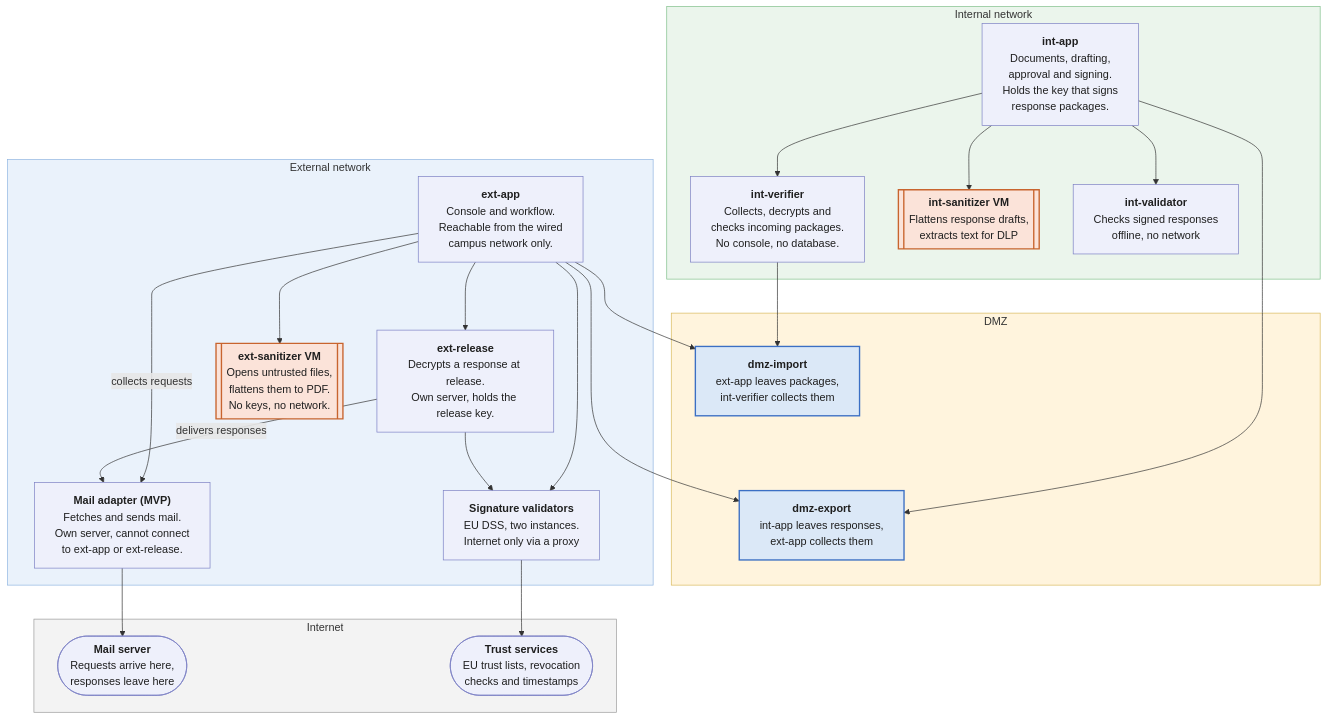
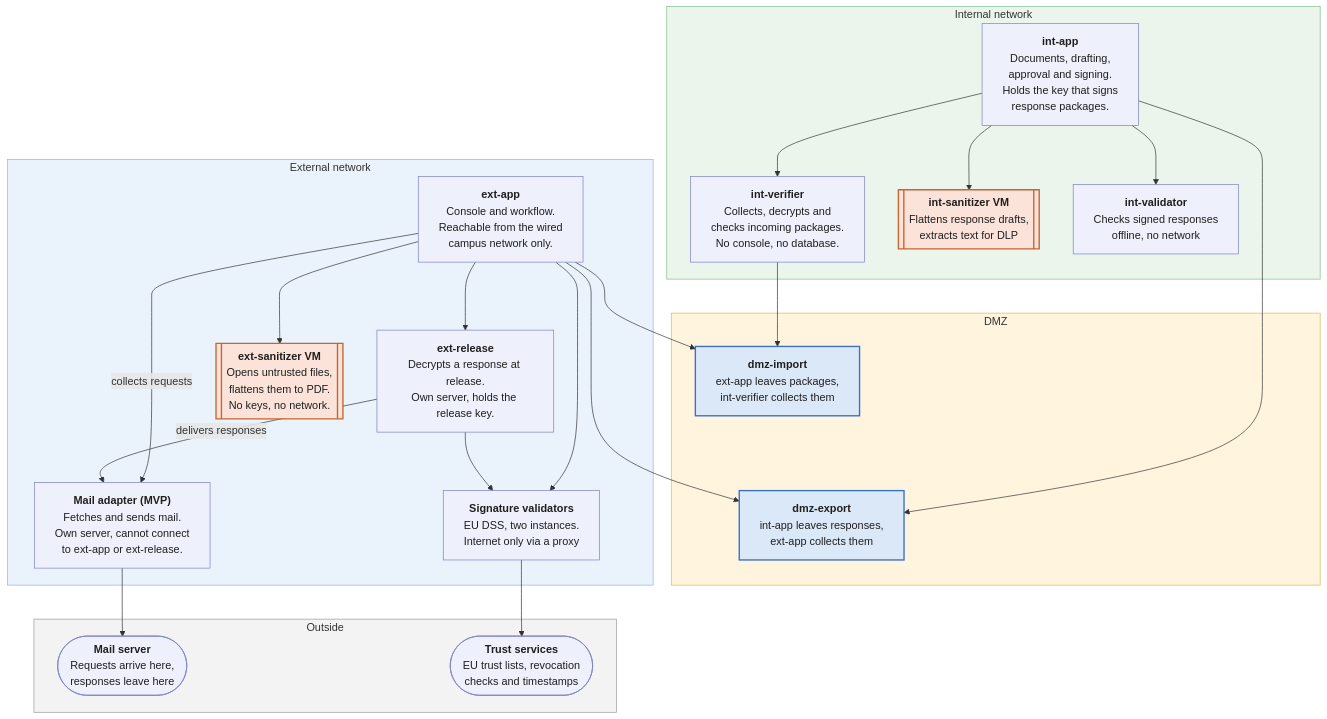
Before and after one commit to tgivslife/dxg-document-gateway: the diagram in document-exchange-proposal.md, drawn with Mermaid. The commit also changed other lines of this file and 6 other files, not shown here.

````diff
--- a/document-exchange-proposal.md
+++ b/document-exchange-proposal.md
@@ -28,60 +28,60 @@
 ```mermaid
 flowchart TB
     accDescr: DXG parts by network zone. Arrows point from the side that opens the connection, and both networks connect out to the DMZ.
 
     subgraph INT["Internal network"]
         IAPP["<b>int-app</b><br/>Documents, drafting,<br/>approval and signing.<br/>Holds the key that signs<br/>response packages."]
         IVER["<b>int-verifier</b><br/>Collects, decrypts and<br/>checks incoming packages.<br/>No console, no database."]
         ISAN[["<b>int-sanitizer VM</b><br/>Flattens response drafts,<br/>extracts text for DLP"]]
         IVAL["<b>int-validator</b><br/>Checks signed responses<br/>offline, no network"]
     end
 
     subgraph DMZ["DMZ"]
         IMP["<b>dmz-import</b><br/>ext-app leaves packages,<br/>int-verifier collects them"]
         EXP["<b>dmz-export</b><br/>int-app leaves responses,<br/>ext-app collects them"]
     end
 
     subgraph EXT["External network"]
         CORE["<b>ext-app</b><br/>Console and workflow.<br/>Reachable from the wired<br/>campus network only."]
         REL["<b>ext-release</b><br/>Decrypts a response at release.<br/>Own server, holds the release key."]
         ADAPTER["<b>Mail adapter (MVP)</b><br/>Fetches and sends mail.<br/>Own server, cannot connect<br/>to ext-app or ext-release."]
         SAN[["<b>ext-sanitizer VM</b><br/>Opens untrusted files,<br/>flattens them to PDF.<br/>No keys, no network."]]
         VAL["<b>Signature validators</b><br/>EU DSS, two instances.<br/>Internet only via a proxy"]
     end
 
-    subgraph NET["Internet"]
+    subgraph NET["Outside"]
         MAIL(["<b>Mail server</b><br/>Requests arrive here,<br/>responses leave here"])
         TRUST(["<b>Trust services</b><br/>EU trust lists, revocation<br/>checks and timestamps"])
     end
 
     %% Each arrow points from the side that opens the connection.
     IVER --> IMP
     IAPP --> IVER
     IAPP --> EXP
     IAPP --> ISAN
     IAPP --> IVAL
     CORE --> IMP
     CORE --> EXP
     CORE --> SAN
     CORE --> VAL
     CORE -->|"collects requests"| ADAPTER
     REL -->|"delivers responses"| ADAPTER
     CORE --> REL
     REL --> VAL
     ADAPTER --> MAIL
     VAL --> TRUST
 
     %% Layout only: stack the DMZ hosts so no line runs between them.
     IMP ~~~ EXP
 
     classDef part fill:#eef0fb,stroke:#7b7fc4,color:#1f1f1f
     classDef vm fill:#fbe3d9,stroke:#c8642e,stroke-width:2px,color:#1f1f1f
     classDef dmz fill:#dbe8f7,stroke:#3b6fc4,stroke-width:2px,color:#1f1f1f
     class MAIL,TRUST,ADAPTER,CORE,REL,VAL,IAPP,IVAL,IVER part
     class SAN,ISAN vm
     class IMP,EXP dmz
     style NET fill:#f3f3f3,stroke:#9a9a9a
     style EXT fill:#eaf2fb,stroke:#8fb4e0
     style DMZ fill:#fff4dd,stroke:#d8b85a
     style INT fill:#ebf5ec,stroke:#7fbf8a
 ```
````
